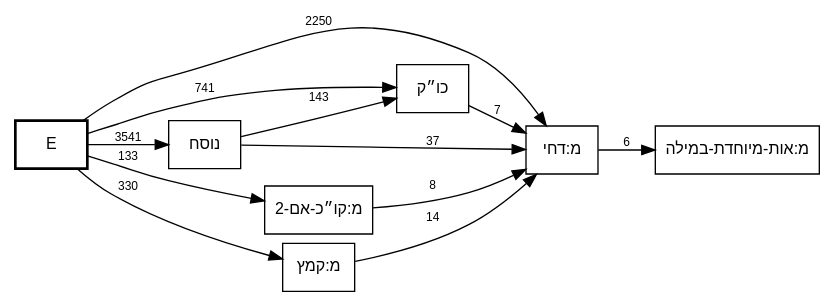
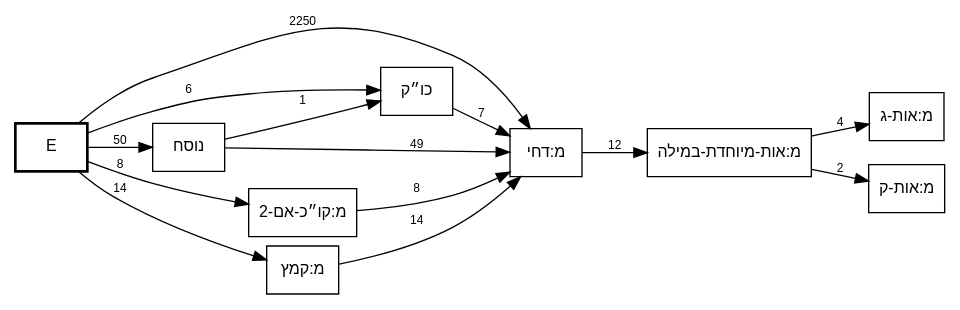
Before and after one commit to bdenckla/MAM-basics: the diagram in out/MAM-tmpl-survey/plus-dchi-call-graph.dot, drawn with Graphviz. The commit also changed 11 other files, not shown here.

First line of the commit message:
Scope focused call-graph edge counts to target-involving stacks

```diff
--- a/out/MAM-tmpl-survey/plus-dchi-call-graph.dot
+++ b/out/MAM-tmpl-survey/plus-dchi-call-graph.dot
@@ -1,28 +1,30 @@
 // This file was generated by MAM-basics/py/main_tmpl_survey.py.
 // Do not edit by hand.
 digraph template_call_graph {
     rankdir=LR;
     node [fontname="SBL Hebrew,Helvetica", fontsize=12];
     edge [fontname="Helvetica", fontsize=9];
     graph [comment="This file was generated by MAM-basics/py/main_tmpl_survey.py."];
 
     // Column nodes
     node [shape=box, style=bold];
     "E";
 
     // Template nodes
     node [shape=box, style=""];
 
     // Edges
-    "E" -> "כו״ק" [label="741"];
+    "E" -> "כו״ק" [label="6"];
     "E" -> "מ:דחי" [label="2250"];
-    "E" -> "מ:קו״כ-אם-2" [label="133"];
-    "E" -> "מ:קמץ" [label="330"];
-    "E" -> "נוסח" [label="3541"];
+    "E" -> "מ:קו״כ-אם-2" [label="8"];
+    "E" -> "מ:קמץ" [label="14"];
+    "E" -> "נוסח" [label="50"];
     "כו״ק" -> "מ:דחי" [label="7"];
-    "מ:דחי" -> "מ:אות-מיוחדת-במילה" [label="6"];
+    "מ:אות-מיוחדת-במילה" -> "מ:אות-ג" [label="4"];
+    "מ:אות-מיוחדת-במילה" -> "מ:אות-ק" [label="2"];
+    "מ:דחי" -> "מ:אות-מיוחדת-במילה" [label="12"];
     "מ:קו״כ-אם-2" -> "מ:דחי" [label="8"];
     "מ:קמץ" -> "מ:דחי" [label="14"];
-    "נוסח" -> "כו״ק" [label="143"];
-    "נוסח" -> "מ:דחי" [label="37"];
+    "נוסח" -> "כו״ק" [label="1"];
+    "נוסח" -> "מ:דחי" [label="49"];
 }
```
